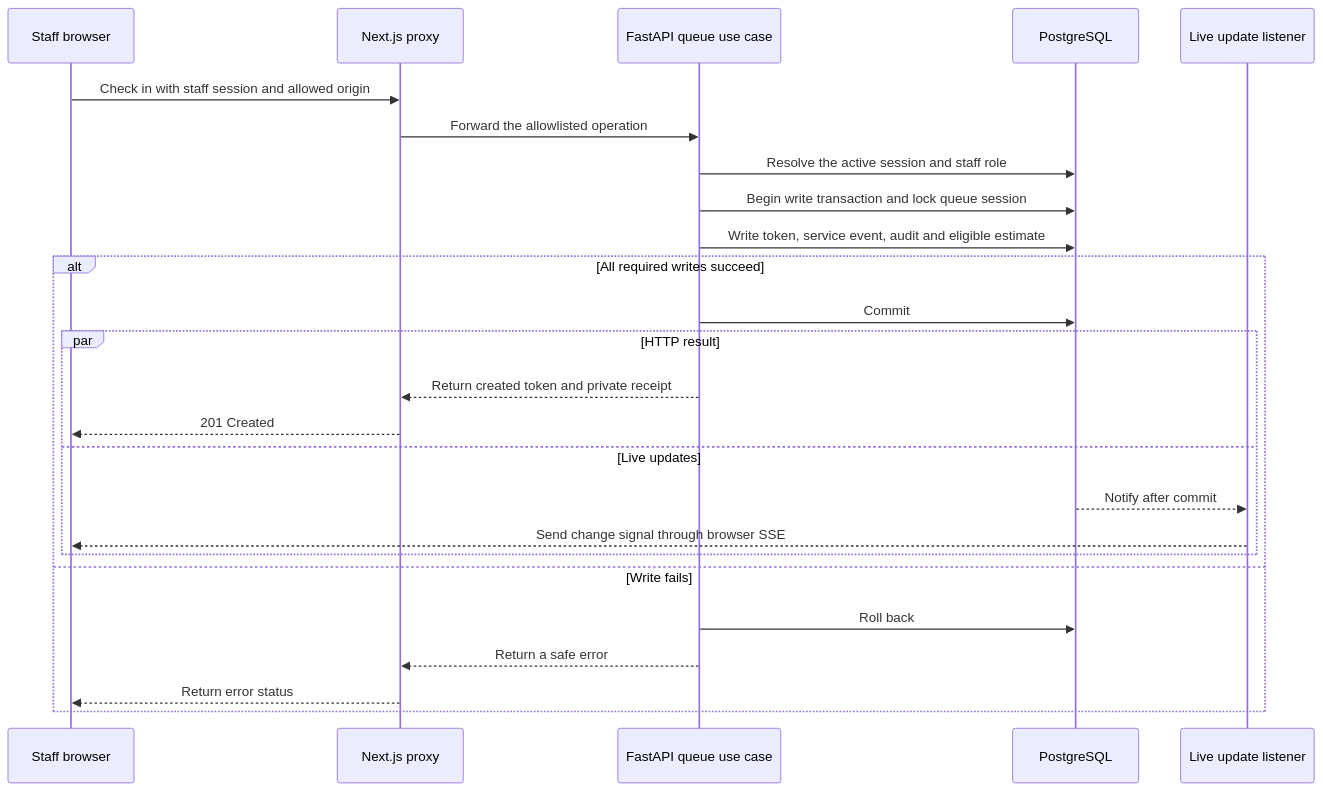
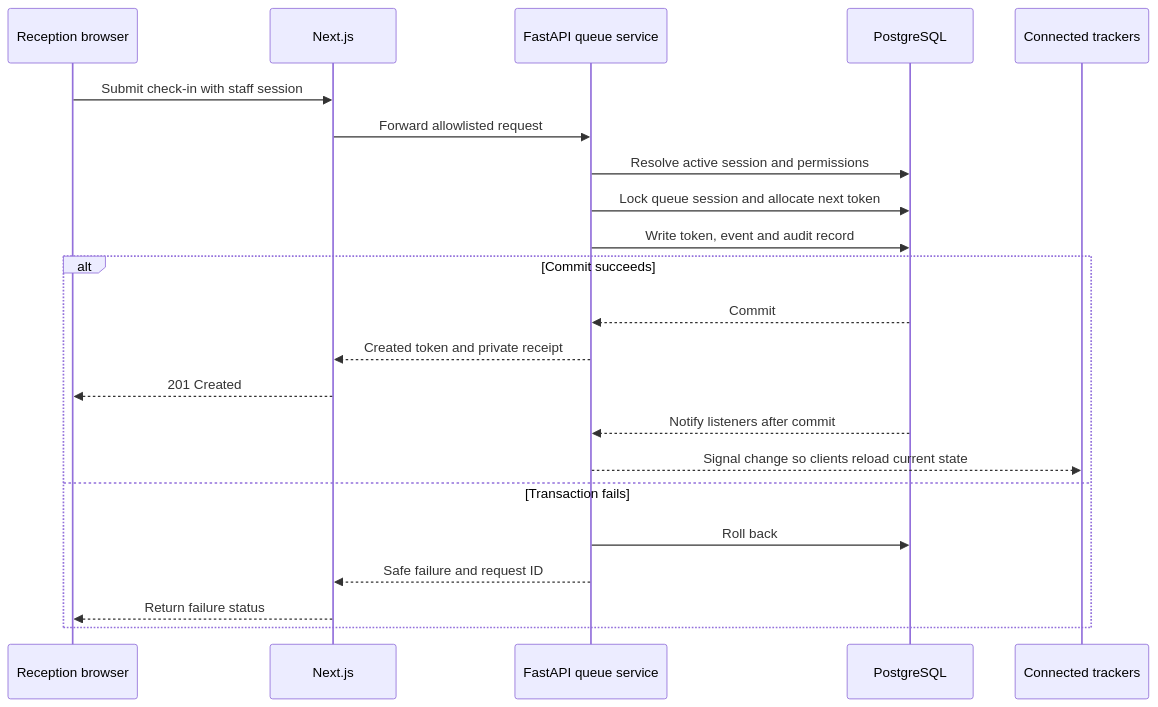
Before and after one commit to denusha1/QueueSense: the third of 3 diagrams in docs/SYSTEM_ARCHITECTURE.md, drawn with Mermaid. The commit also changed other lines of this file and 78 other files, not shown here.

````diff
--- a/docs/SYSTEM_ARCHITECTURE.md
+++ b/docs/SYSTEM_ARCHITECTURE.md
@@ -67,28 +68,24 @@
 ```mermaid
 sequenceDiagram
-    participant B as Staff browser
-    participant N as Next.js proxy
-    participant F as FastAPI queue use case
-    participant P as PostgreSQL
-    participant L as Live update listener
-
-    B->>N: Check in with staff session and allowed origin
-    N->>F: Forward the allowlisted operation
-    F->>P: Resolve the active session and staff role
-    F->>P: Begin write transaction and lock queue session
-    F->>P: Write token, service event, audit and eligible estimate
-    alt All required writes succeed
-        F->>P: Commit
-        par HTTP result
-            F-->>N: Return created token and private receipt
-            N-->>B: 201 Created
-        and Live updates
-            P-->>L: Notify after commit
-            L-->>B: Send change signal through browser SSE
-        end
-    else Write fails
-        F->>P: Roll back
-        F-->>N: Return a safe error
-        N-->>B: Return error status
+    participant B as Reception browser
+    participant W as Next.js
+    participant F as FastAPI queue service
+    participant D as PostgreSQL
+    participant T as Connected trackers
+    B->>W: Submit check-in with staff session
+    W->>F: Forward allowlisted request
+    F->>D: Resolve active session and permissions
+    F->>D: Lock queue session and allocate next token
+    F->>D: Write token, event and audit record
+    alt Commit succeeds
+        D-->>F: Commit
+        F-->>W: Created token and private receipt
+        W-->>B: 201 Created
+        D-->>F: Notify listeners after commit
+        F-->>T: Signal change so clients reload current state
+    else Transaction fails
+        F->>D: Roll back
+        F-->>W: Safe failure and request ID
+        W-->>B: Return failure status
     end
 ```
````
